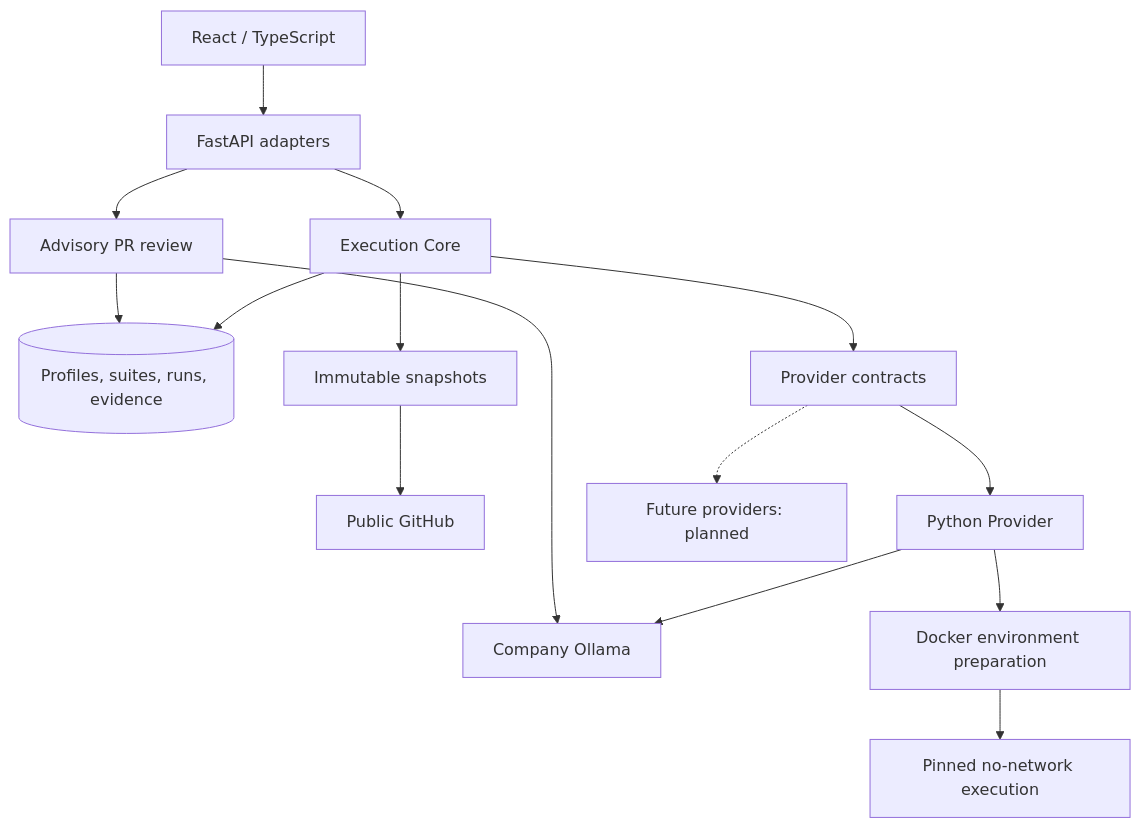
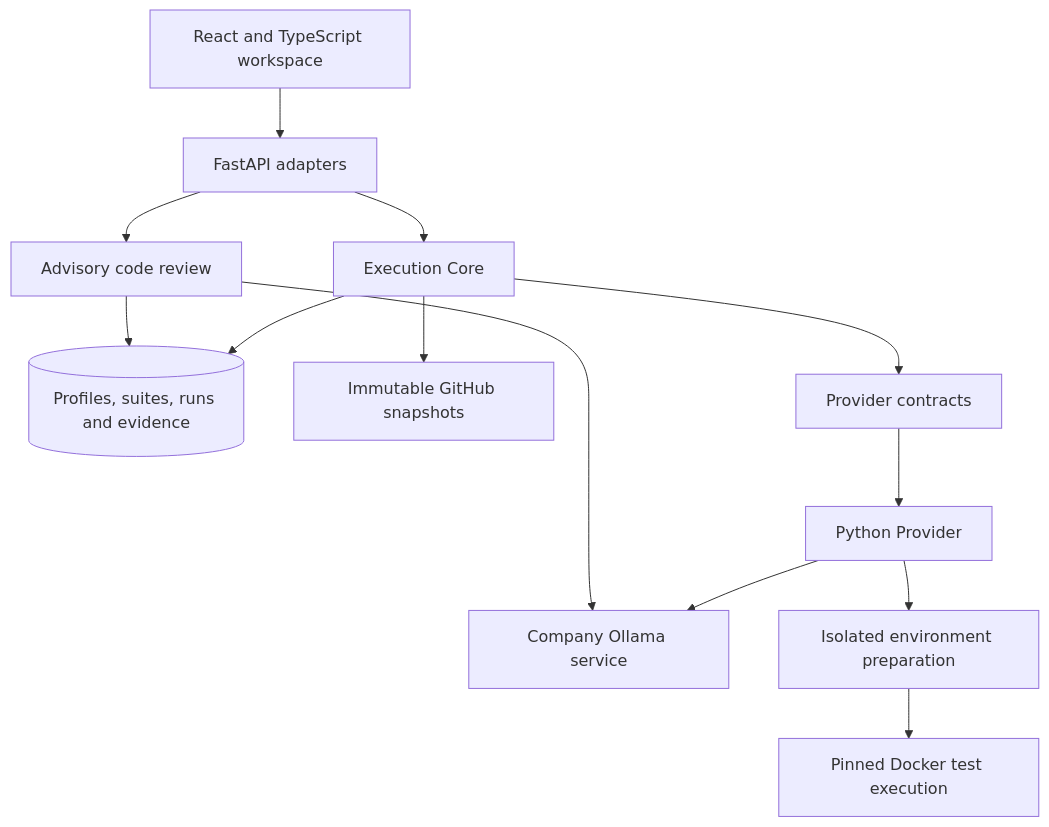
One commit to ziademad02153/tracefold changed the second of 2 diagrams in README.md. Above: the diagram before and after it, drawn with Mermaid. The commit also changed other lines of this file, not shown here.

````diff
--- a/README.md
+++ b/README.md
@@ -112,17 +91,15 @@
 ```mermaid
-flowchart TB
-    UI["React / TypeScript"] --> API["FastAPI adapters"]
+flowchart TD
+    UI["React and TypeScript workspace"] --> API["FastAPI adapters"]
     API --> CORE["Execution Core"]
-    API --> PR["Advisory PR review"]
-    CORE --> DB[("Profiles, suites, runs, evidence")]
-    PR --> DB
-    CORE --> SNAP["Immutable snapshots"]
-    SNAP --> GH["Public GitHub"]
-    CORE --> REG["Provider contracts"]
-    REG --> PY["Python Provider"]
-    PY --> MODEL["Company Ollama"]
-    PR --> MODEL
-    PY --> PREP["Docker environment preparation"]
-    PREP --> RUN["Pinned no-network execution"]
-    REG -.-> FUTURE["Future providers: planned"]
+    API --> REVIEW["Advisory code review"]
+    CORE --> STORE[("Profiles, suites, runs and evidence")]
+    REVIEW --> STORE
+    CORE --> SNAP["Immutable GitHub snapshots"]
+    CORE --> CONTRACTS["Provider contracts"]
+    CONTRACTS --> PY["Python Provider"]
+    PY --> MODEL["Company Ollama service"]
+    REVIEW --> MODEL
+    PY --> PREP["Isolated environment preparation"]
+    PREP --> RUN["Pinned Docker test execution"]
 ```
````
